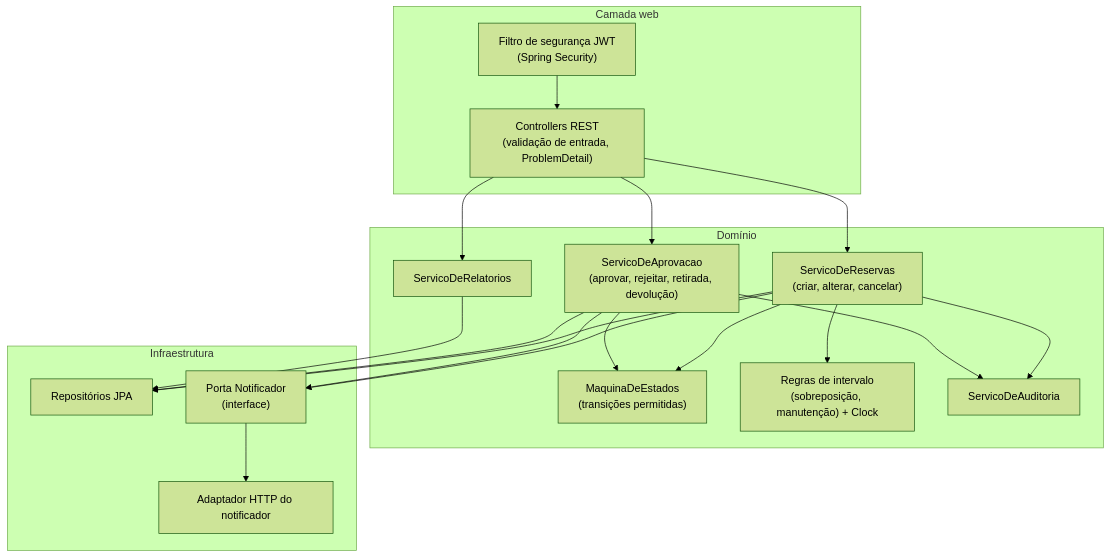
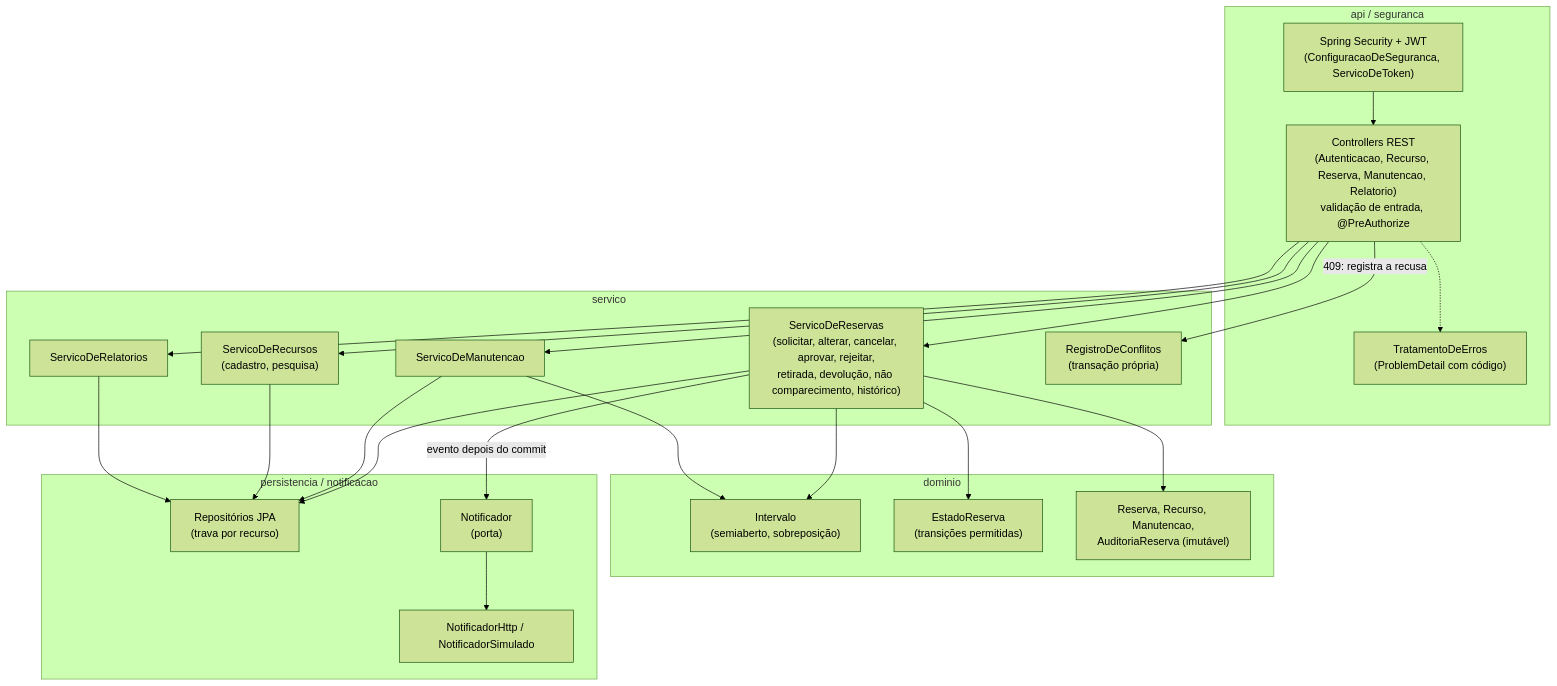
The third of 6 diagrams in docs/arquitetura.md (guilhermevianacloud/organizacao-recursos), drawn with Mermaid (forest theme) before and after one commit. The commit also changed other lines of this file and 8 other files, not shown here.

````diff
--- a/docs/arquitetura.md
+++ b/docs/arquitetura.md
@@ -58,26 +59,35 @@
 ```mermaid
 flowchart TB
-    subgraph web["Camada web"]
-        ctrl["Controllers REST<br/>(validação de entrada, ProblemDetail)"]
-        sec["Filtro de segurança JWT<br/>(Spring Security)"]
+    subgraph web["api / seguranca"]
+        sec["Spring Security + JWT<br/>(ConfiguracaoDeSeguranca, ServicoDeToken)"]
+        ctrl["Controllers REST<br/>(Autenticacao, Recurso, Reserva, Manutencao, Relatorio)<br/>validação de entrada, @PreAuthorize"]
+        erros["TratamentoDeErros<br/>(ProblemDetail com código)"]
     end
-    subgraph dominio["Domínio"]
-        res["ServicoDeReservas<br/>(criar, alterar, cancelar)"]
-        apr["ServicoDeAprovacao<br/>(aprovar, rejeitar, retirada, devolução)"]
-        estados["MaquinaDeEstados<br/>(transições permitidas)"]
-        regras["Regras de intervalo<br/>(sobreposição, manutenção) + Clock"]
-        aud["ServicoDeAuditoria"]
+    subgraph servico["servico"]
+        res["ServicoDeReservas<br/>(solicitar, alterar, cancelar, aprovar, rejeitar,<br/>retirada, devolução, não comparecimento, histórico)"]
+        rec["ServicoDeRecursos<br/>(cadastro, pesquisa)"]
+        man["ServicoDeManutencao"]
         rel["ServicoDeRelatorios"]
+        conf["RegistroDeConflitos<br/>(transação própria)"]
     end
-    subgraph infra["Infraestrutura"]
-        repo["Repositórios JPA"]
-        porta["Porta Notificador<br/>(interface)"]
-        adapt["Adaptador HTTP do notificador"]
+    subgraph dominio["dominio"]
+        intervalo["Intervalo<br/>(semiaberto, sobreposição)"]
+        estados["EstadoReserva<br/>(transições permitidas)"]
+        reserva["Reserva, Recurso, Manutencao,<br/>AuditoriaReserva (imutável)"]
+    end
+    subgraph infra["persistencia / notificacao"]
+        repo["Repositórios JPA<br/>(trava por recurso)"]
+        porta["Notificador<br/>(porta)"]
+        adapt["NotificadorHttp / NotificadorSimulado"]
     end
     sec --> ctrl
-    ctrl --> res & apr & rel
-    res --> regras & estados & aud & repo & porta
-    apr --> estados & aud & repo & porta
+    ctrl --> res & rec & man & rel
+    ctrl -->|"409: registra a recusa"| conf
+    ctrl -.-> erros
+    res --> intervalo & estados & reserva & repo
+    res -->|"evento depois do commit"| porta
+    man --> intervalo & repo
+    rec --> repo
     rel --> repo
     porta --> adapt
 ```
````
